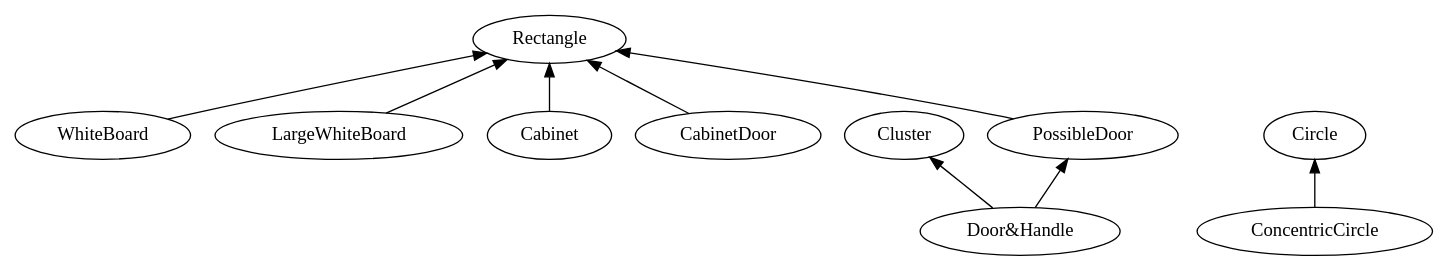
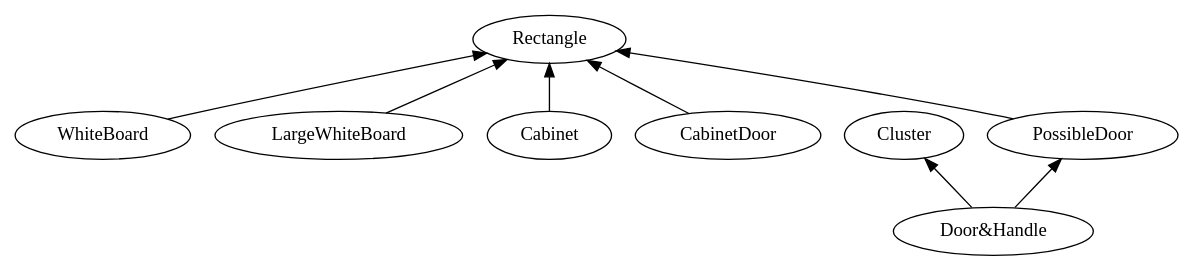
Before and after one commit to boris-il-forte/Tesi: the diagram in diagrammi/reasoning.dot, drawn with Graphviz. The commit also changed 7 other files, not shown here.

```diff
--- a/diagrammi/reasoning.dot
+++ b/diagrammi/reasoning.dot
@@ -1,21 +1,18 @@
 digraph G {
 graph [rankdir=BT];
 0[label=Rectangle];
 1[label=Cluster];
 2[label=WhiteBoard];
 3[label=LargeWhiteBoard];
 4[label=Cabinet];
 5[label=CabinetDoor];
 6[label=PossibleDoor];
 7[label="Door&Handle"];
-8[label=Circle];
-9[label=ConcentricCircle];
 2->0 ;
 3->0 ;
 4->0 ;
 5->0 ;
 6->0 ;
 7->1 ;
 7->6 ;
-9->8 ;
 }
```
